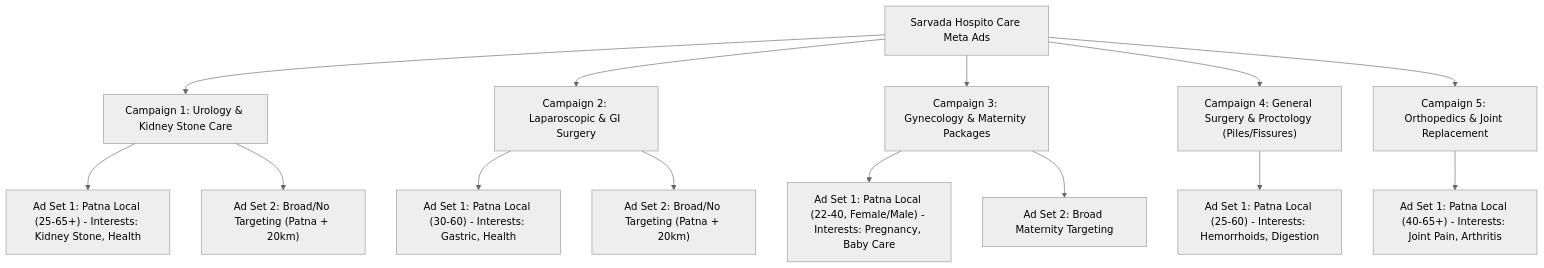
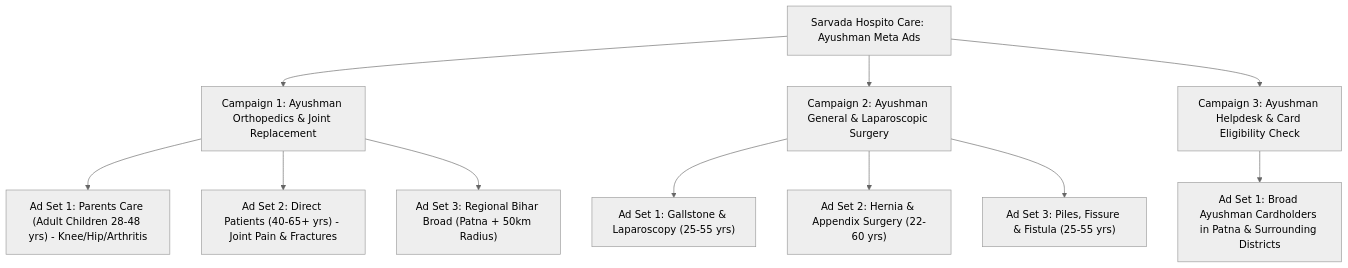
The second of 2 diagrams in meta_ads_plan.md (Golujs2000/SARVADA-HOSPITO-CARE-PATNA), drawn with Mermaid (neutral theme) before and after one commit. The commit also changed other lines of this file and 5 other files, not shown here.

````diff
--- a/meta_ads_plan.md
+++ b/meta_ads_plan.md
@@ -40,21 +34,16 @@
 ```mermaid
 graph TD
-    A[Sarvada Hospito Care Meta Ads] --> B["Campaign 1: Urology & Kidney Stone Care"]
-    A --> C["Campaign 2: Laparoscopic & GI Surgery"]
-    A --> D["Campaign 3: Gynecology & Maternity Packages"]
-    A --> E["Campaign 4: General Surgery & Proctology (Piles/Fissures)"]
-    A --> F["Campaign 5: Orthopedics & Joint Replacement"]
+    A[Sarvada Hospito Care: Ayushman Meta Ads] --> B["Campaign 1: Ayushman Orthopedics & Joint Replacement"]
+    A --> C["Campaign 2: Ayushman General & Laparoscopic Surgery"]
+    A --> D["Campaign 3: Ayushman Helpdesk & Card Eligibility Check"]
 
-    B --> B1["Ad Set 1: Patna Local (25-65+) - Interests: Kidney Stone, Health"]
-    B --> B2["Ad Set 2: Broad/No Targeting (Patna + 20km)"]
-    
-    C --> C1["Ad Set 1: Patna Local (30-60) - Interests: Gastric, Health"]
-    C --> C2["Ad Set 2: Broad/No Targeting (Patna + 20km)"]
-    
-    D --> D1["Ad Set 1: Patna Local (22-40, Female/Male) - Interests: Pregnancy, Baby Care"]
-    D --> D2["Ad Set 2: Broad Maternity Targeting"]
+    B --> B1["Ad Set 1: Parents Care (Adult Children 28-48 yrs) - Knee/Hip/Arthritis"]
+    B --> B2["Ad Set 2: Direct Patients (40-65+ yrs) - Joint Pain & Fractures"]
+    B --> B3["Ad Set 3: Regional Bihar Broad (Patna + 50km Radius)"]
 
-    E --> E1["Ad Set 1: Patna Local (25-60) - Interests: Hemorrhoids, Digestion"]
-    
-    F --> F1["Ad Set 1: Patna Local (40-65+) - Interests: Joint Pain, Arthritis"]
+    C --> C1["Ad Set 1: Gallstone & Laparoscopy (25-55 yrs)"]
+    C --> C2["Ad Set 2: Hernia & Appendix Surgery (22-60 yrs)"]
+    C --> C3["Ad Set 3: Piles, Fissure & Fistula (25-55 yrs)"]
+
+    D --> D1["Ad Set 1: Broad Ayushman Cardholders in Patna & Surrounding Districts"]
 ```
````
